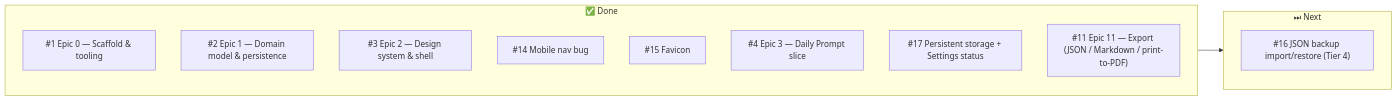
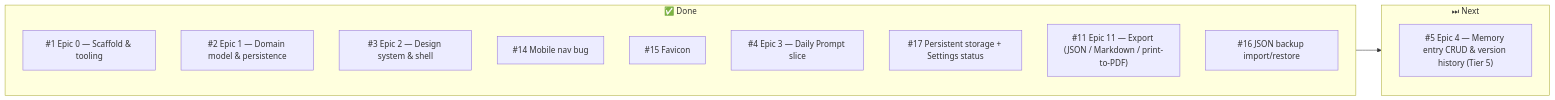
Before and after one commit to ZhannaM85/life-kaleidoscope: the third of 3 diagrams in docs/ARCHITECTURE.md, drawn with Mermaid. The commit also changed other lines of this file and 9 other files, not shown here.

Commit message:
Fix #16: feat: JSON backup import/restore - round-trip with the export format

````diff
--- a/docs/ARCHITECTURE.md
+++ b/docs/ARCHITECTURE.md
@@ -313,17 +324,18 @@
 ```mermaid
 flowchart LR
     subgraph Done ["✅ Done"]
         E0["#1 Epic 0 — Scaffold & tooling"]
         E1["#2 Epic 1 — Domain model & persistence"]
         E2["#3 Epic 2 — Design system & shell"]
         B14["#14 Mobile nav bug"]
         B15["#15 Favicon"]
         E3["#4 Epic 3 — Daily Prompt slice"]
         PS["#17 Persistent storage + Settings status"]
         EX["#11 Epic 11 — Export (JSON / Markdown / print-to-PDF)"]
+        IM["#16 JSON backup import/restore"]
     end
     subgraph Next ["⏭ Next"]
-        DS["#16 JSON backup import/restore (Tier 4)"]
+        E4["#5 Epic 4 — Memory entry CRUD & version history (Tier 5)"]
     end
     Done --> Next
 ```
````
